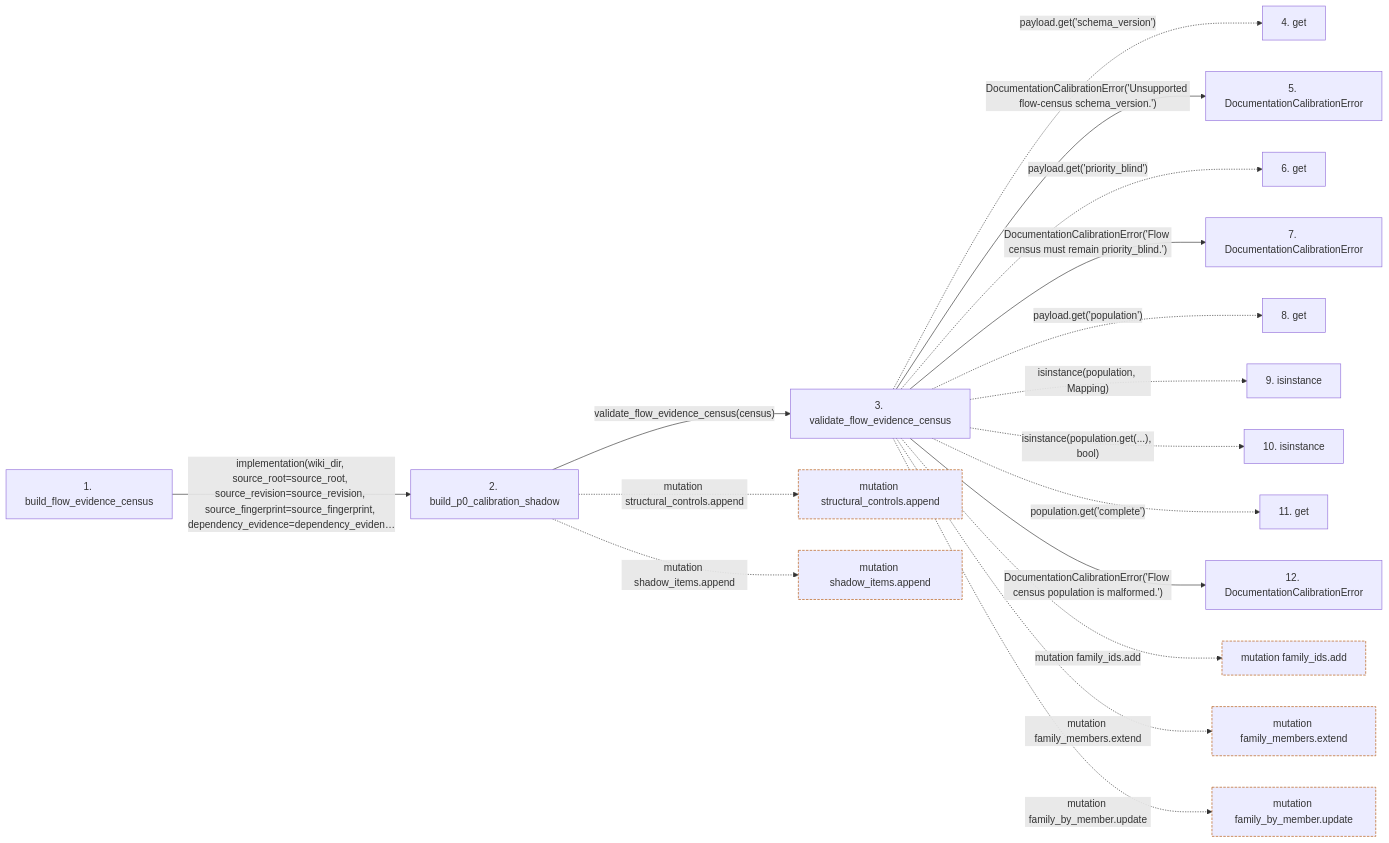
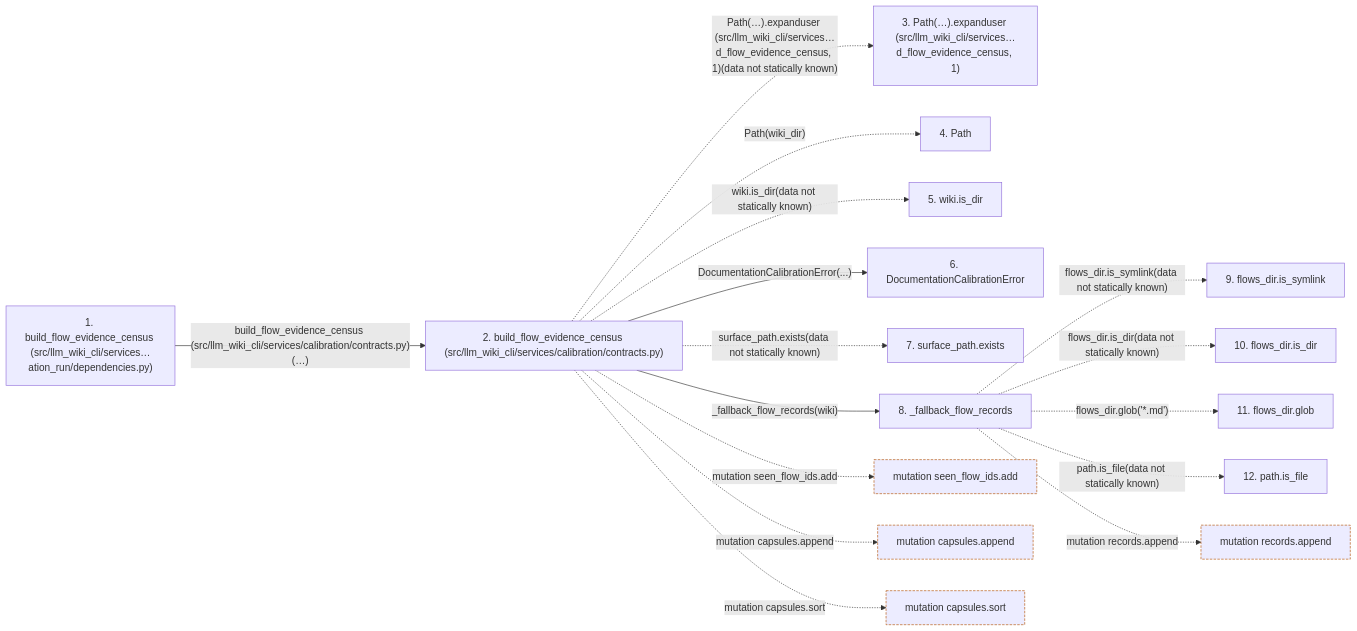
The second of 2 diagrams in docs/llm_wiki/flows/api-build_flow_evidence_census.md (Denissvgn/python-wiki-llm), drawn with Mermaid before and after one commit. The commit also changed other lines of this file and 719 other files, not shown here.

````diff
--- a/docs/llm_wiki/flows/api-build_flow_evidence_census.md
+++ b/docs/llm_wiki/flows/api-build_flow_evidence_census.md
@@ -55,48 +84,43 @@
 ```mermaid
 flowchart LR
-    s1["1. build_flow_evidence_census"]
-    s2["2. build_p0_calibration_shadow"]
-    s3["3. validate_flow_evidence_census"]
-    s4["4. get"]
-    s5["5. DocumentationCalibrationError"]
-    s6["6. get"]
-    s7["7. DocumentationCalibrationError"]
-    s8["8. get"]
-    s9["9. isinstance"]
-    s10["10. isinstance"]
-    s11["11. get"]
-    s12["12. DocumentationCalibrationError"]
-    s1 -->|"implementation(wiki_dir, source_root=source_root, source_revision=source_revision, source_fingerprint=source_fingerprint, dependency_evidence=dependency_eviden…"| s2
-    s2 -->|"validate_flow_evidence_census(census)"| s3
-    s3 -. "payload.get('schema_version')" .-> s4
-    s3 -->|"DocumentationCalibrationError('Unsupported flow-census schema_version.')"| s5
-    s3 -. "payload.get('priority_blind')" .-> s6
-    s3 -->|"DocumentationCalibrationError('Flow census must remain priority_blind.')"| s7
-    s3 -. "payload.get('population')" .-> s8
-    s3 -. "isinstance(population, Mapping)" .-> s9
-    s3 -. "isinstance(population.get(...), bool)" .-> s10
-    s3 -. "population.get('complete')" .-> s11
-    s3 -->|"DocumentationCalibrationError('Flow census population is malformed.')"| s12
-    b0["mutation structural_controls.append"]
-    s2 -. "mutation structural_controls.append" .-> b0
-    b1["mutation shadow_items.append"]
-    s2 -. "mutation shadow_items.append" .-> b1
-    b2["mutation family_ids.add"]
-    s3 -. "mutation family_ids.add" .-> b2
-    b3["mutation family_members.extend"]
-    s3 -. "mutation family_members.extend" .-> b3
-    b4["mutation family_by_member.update"]
-    s3 -. "mutation family_by_member.update" .-> b4
+    s1["1. build_flow_evidence_census (src/llm_wiki_cli/services…ation_run/dependencies.py)"]
+    s2["2. build_flow_evidence_census (src/llm_wiki_cli/services/calibration/contracts.py)"]
+    s3["3. Path(…).expanduser (src/llm_wiki_cli/services…d_flow_evidence_census, 1)"]
+    s4["4. Path"]
+    s5["5. wiki.is_dir"]
+    s6["6. DocumentationCalibrationError"]
+    s7["7. surface_path.exists"]
+    s8["8. _fallback_flow_records"]
+    s9["9. flows_dir.is_symlink"]
+    s10["10. flows_dir.is_dir"]
+    s11["11. flows_dir.glob"]
+    s12["12. path.is_file"]
+    s1 -->|"build_flow_evidence_census (src/llm_wiki_cli/services/calibration/contracts.py)(…)"| s2
+    s2 -. "Path(…).expanduser (src/llm_wiki_cli/services…d_flow_evidence_census, 1)(data not statically known)" .-> s3
+    s2 -. "Path(wiki_dir)" .-> s4
+    s2 -. "wiki.is_dir(data not statically known)" .-> s5
+    s2 -->|"DocumentationCalibrationError(...)"| s6
+    s2 -. "surface_path.exists(data not statically known)" .-> s7
+    s2 -->|"_fallback_flow_records(wiki)"| s8
+    s8 -. "flows_dir.is_symlink(data not statically known)" .-> s9
+    s8 -. "flows_dir.is_dir(data not statically known)" .-> s10
+    s8 -. "flows_dir.glob('*.md')" .-> s11
+    s8 -. "path.is_file(data not statically known)" .-> s12
+    b0["mutation seen_flow_ids.add"]
+    s2 -. "mutation seen_flow_ids.add" .-> b0
+    b1["mutation capsules.append"]
+    s2 -. "mutation capsules.append" .-> b1
+    b2["mutation capsules.sort"]
+    s2 -. "mutation capsules.sort" .-> b2
+    b3["mutation records.append"]
+    s8 -. "mutation records.append" .-> b3
     click s1 "../modules/documentation_run_dependencies.md"
     click s2 "../modules/calibration_contracts.md"
-    click s3 "../modules/calibration_contracts.md"
-    click s5 "../modules/calibration_contracts.md"
-    click s7 "../modules/calibration_contracts.md"
-    click s12 "../modules/calibration_contracts.md"
+    click s6 "../modules/calibration_contracts.md"
+    click s8 "../modules/calibration_contracts.md"
     classDef boundary stroke:#b45309,stroke-dasharray: 4 2
     class b0 boundary
     class b1 boundary
     class b2 boundary
     class b3 boundary
-    class b4 boundary
 ```
````
